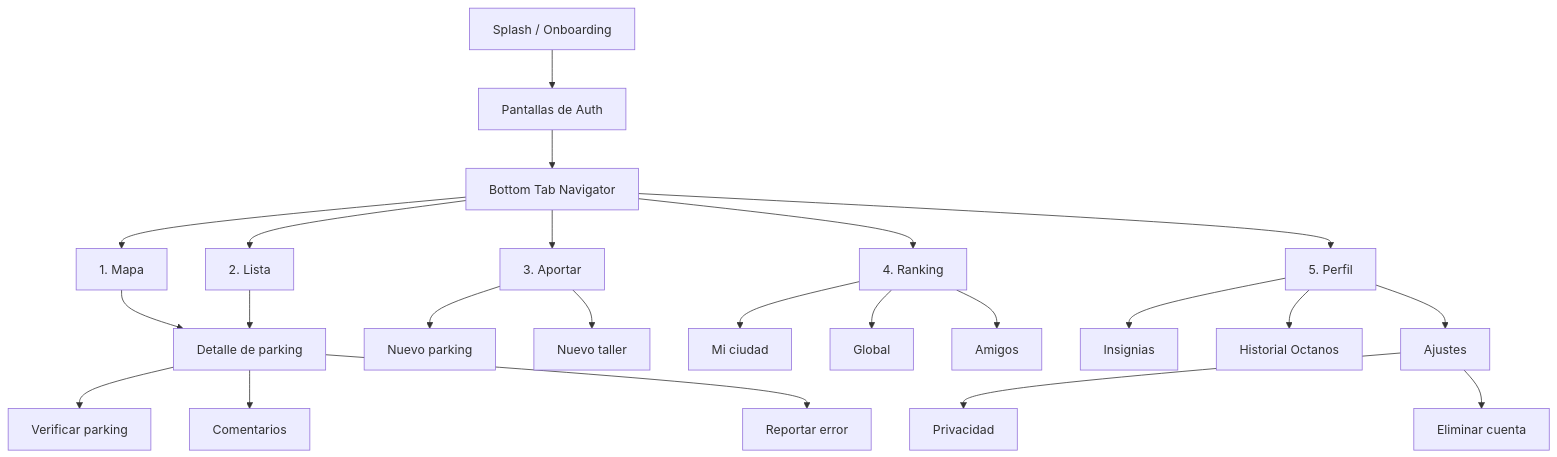
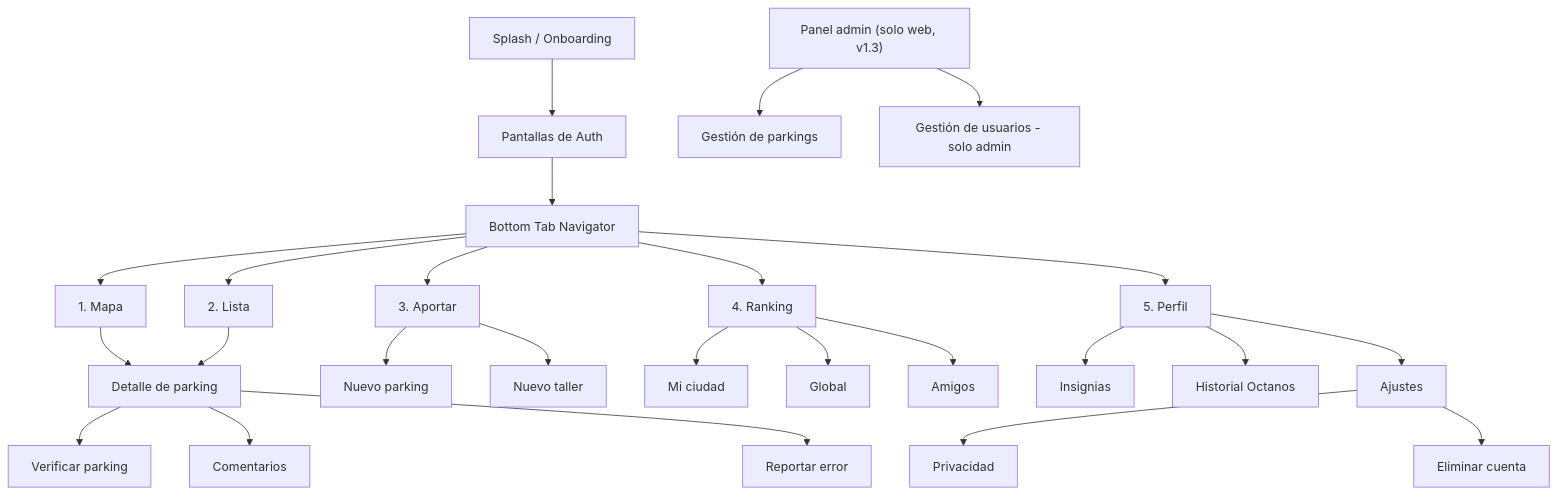
Before and after one commit to curringas/motociudad: the second of 2 diagrams in docs/componentes-principales.md, drawn with Mermaid. The commit also changed other lines of this file and 6 other files, not shown here.

````diff
--- a/docs/componentes-principales.md
+++ b/docs/componentes-principales.md
@@ -70,34 +70,38 @@
 ```mermaid
 graph TD
     Splash[Splash / Onboarding]
     Auth[Pantallas de Auth]
     Tabs[Bottom Tab Navigator]
 
     Splash --> Auth
     Auth --> Tabs
 
     Tabs --> Map[1. Mapa]
     Tabs --> List[2. Lista]
     Tabs --> Add[3. Aportar]
     Tabs --> Rank[4. Ranking]
     Tabs --> Profile[5. Perfil]
 
     Map --> Detail[Detalle de parking]
     List --> Detail
     Detail --> Verify[Verificar parking]
     Detail --> Comments[Comentarios]
     Detail --> Report[Reportar error]
 
     Add --> NewParking[Nuevo parking]
     Add --> NewPOI[Nuevo taller]
 
     Rank --> RankCity[Mi ciudad]
     Rank --> RankGlobal[Global]
     Rank --> RankFriends[Amigos]
 
     Profile --> Badges[Insignias]
     Profile --> History[Historial Octanos]
     Profile --> Settings[Ajustes]
     Settings --> Privacy[Privacidad]
     Settings --> DeleteAccount[Eliminar cuenta]
+
+    AdminPanel["Panel admin (solo web, v1.3)"]
+    AdminPanel --> AdminParkings[Gestión de parkings]
+    AdminPanel --> AdminUsers[Gestión de usuarios - solo admin]
 ```
````
